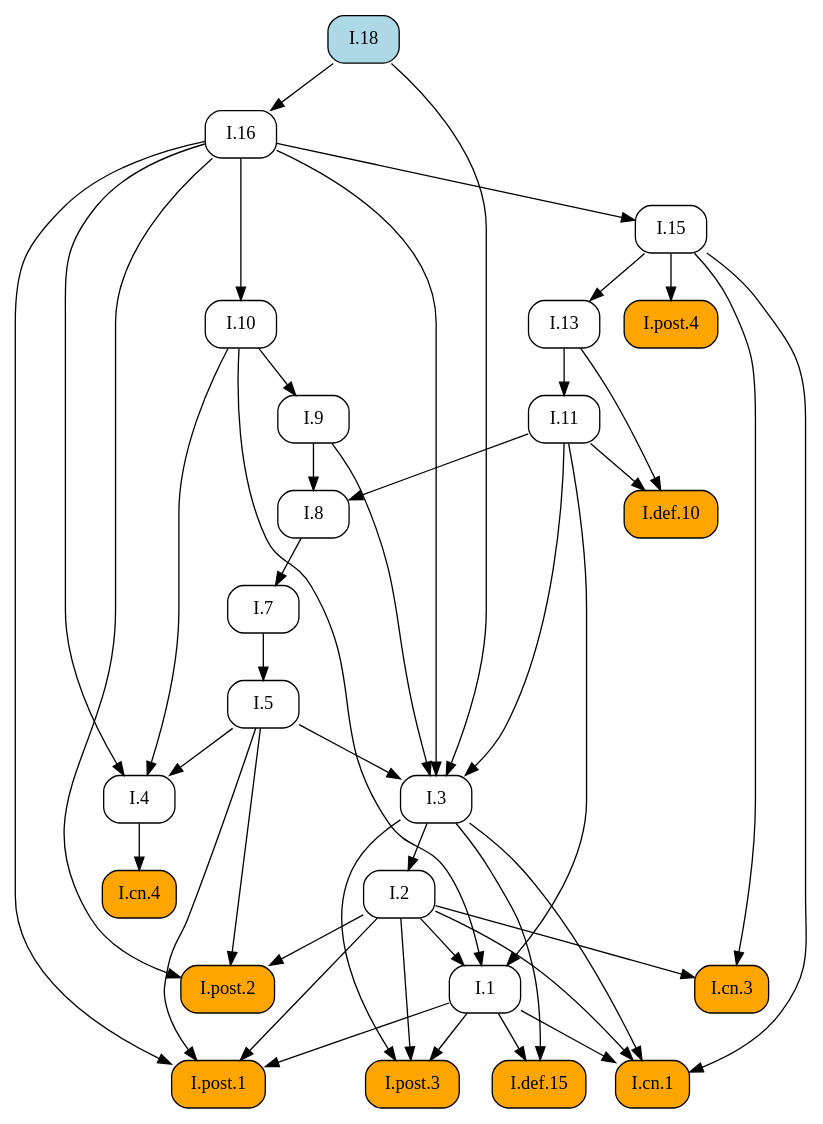
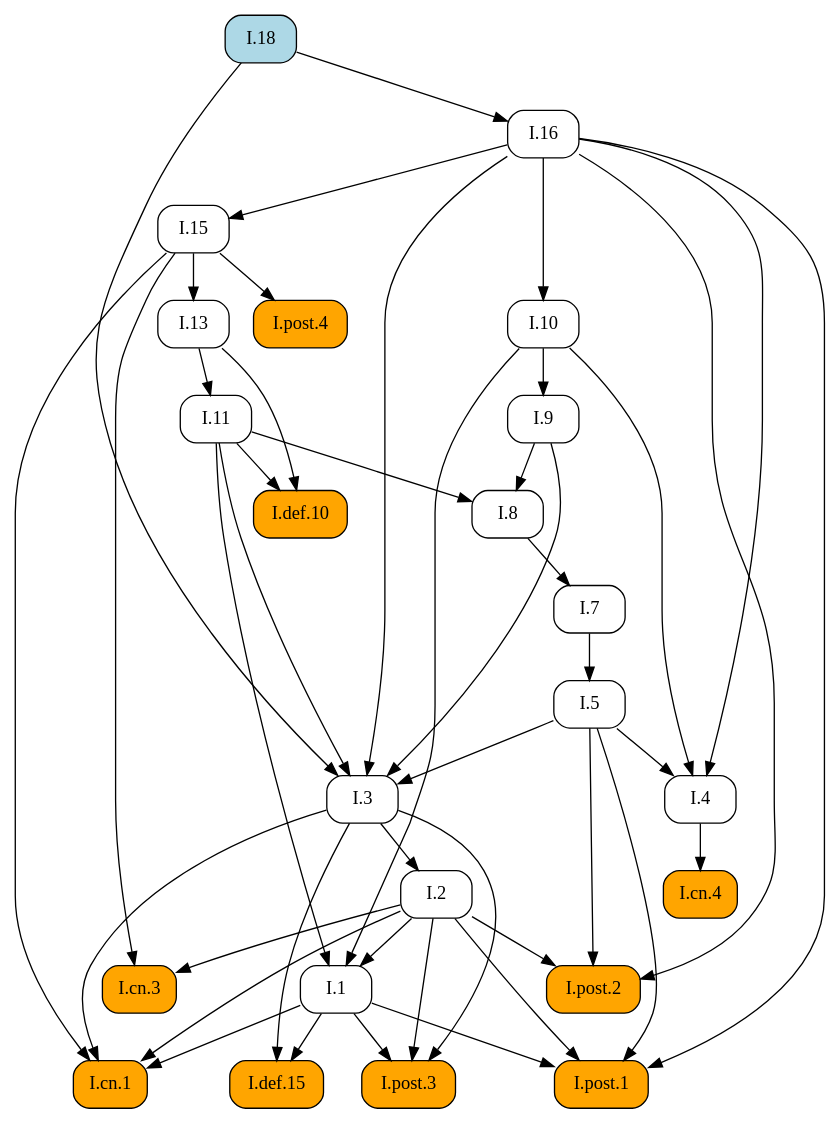
The diagram in docsrc/elements2/I/18/index.rst (geometor/elements), drawn with Graphviz before and after one commit. The commit also changed other lines of this file and 171 other files, not shown here.

```diff
--- a/docsrc/elements2/I/18/index.rst
+++ b/docsrc/elements2/I/18/index.rst
@@ -57,73 +57,73 @@
 .. graphviz::
 
    digraph {
      rankdir="TB";
      node [shape=box, style=rounded];
+     "I.8" [URL="/elements2/I/8/", target="_top"];
+     "I.1" [URL="/elements2/I/1/", target="_top"];
+     "I.cn.3" [style="rounded,filled", fillcolor=orange, URL="/elements2/I/cn.3/", target="_top"];
+     "I.cn.4" [style="rounded,filled", fillcolor=orange, URL="/elements2/I/cn.4/", target="_top"];
+     "I.7" [URL="/elements2/I/7/", target="_top"];
+     "I.post.1" [style="rounded,filled", fillcolor=orange, URL="/elements2/I/post.1/", target="_top"];
+     "I.9" [URL="/elements2/I/9/", target="_top"];
+     "I.5" [URL="/elements2/I/5/", target="_top"];
+     "I.cn.1" [style="rounded,filled", fillcolor=orange, URL="/elements2/I/cn.1/", target="_top"];
+     "I.post.4" [style="rounded,filled", fillcolor=orange, URL="/elements2/I/post.4/", target="_top"];
+     "I.def.10" [style="rounded,filled", fillcolor=orange, URL="/elements2/I/def.10/", target="_top"];
      "I.16" [URL="/elements2/I/16/", target="_top"];
-     "I.def.10" [style="rounded,filled", fillcolor=orange, URL="/elements2/I/def.10/", target="_top"];
-     "I.9" [URL="/elements2/I/9/", target="_top"];
+     "I.13" [URL="/elements2/I/13/", target="_top"];
      "I.18" [style="rounded,filled", fillcolor=lightblue, URL="/elements2/I/18/", target="_top"];
      "I.2" [URL="/elements2/I/2/", target="_top"];
-     "I.8" [URL="/elements2/I/8/", target="_top"];
+     "I.def.15" [style="rounded,filled", fillcolor=orange, URL="/elements2/I/def.15/", target="_top"];
+     "I.4" [URL="/elements2/I/4/", target="_top"];
+     "I.11" [URL="/elements2/I/11/", target="_top"];
+     "I.10" [URL="/elements2/I/10/", target="_top"];
      "I.15" [URL="/elements2/I/15/", target="_top"];
-     "I.def.15" [style="rounded,filled", fillcolor=orange, URL="/elements2/I/def.15/", target="_top"];
-     "I.cn.4" [style="rounded,filled", fillcolor=orange, URL="/elements2/I/cn.4/", target="_top"];
+     "I.3" [URL="/elements2/I/3/", target="_top"];
+     "I.post.2" [style="rounded,filled", fillcolor=orange, URL="/elements2/I/post.2/", target="_top"];
      "I.post.3" [style="rounded,filled", fillcolor=orange, URL="/elements2/I/post.3/", target="_top"];
-     "I.1" [URL="/elements2/I/1/", target="_top"];
-     "I.post.2" [style="rounded,filled", fillcolor=orange, URL="/elements2/I/post.2/", target="_top"];
-     "I.13" [URL="/elements2/I/13/", target="_top"];
-     "I.10" [URL="/elements2/I/10/", target="_top"];
-     "I.post.1" [style="rounded,filled", fillcolor=orange, URL="/elements2/I/post.1/", target="_top"];
-     "I.7" [URL="/elements2/I/7/", target="_top"];
-     "I.post.4" [style="rounded,filled", fillcolor=orange, URL="/elements2/I/post.4/", target="_top"];
-     "I.cn.1" [style="rounded,filled", fillcolor=orange, URL="/elements2/I/cn.1/", target="_top"];
-     "I.3" [URL="/elements2/I/3/", target="_top"];
-     "I.cn.3" [style="rounded,filled", fillcolor=orange, URL="/elements2/I/cn.3/", target="_top"];
-     "I.11" [URL="/elements2/I/11/", target="_top"];
-     "I.5" [URL="/elements2/I/5/", target="_top"];
-     "I.4" [URL="/elements2/I/4/", target="_top"];
-     "I.18" -> "I.16";
-     "I.11" -> "I.def.10";
-     "I.13" -> "I.def.10";
-     "I.10" -> "I.9";
-     "I.3" -> "I.2";
      "I.9" -> "I.8";
      "I.11" -> "I.8";
-     "I.16" -> "I.15";
-     "I.1" -> "I.def.15";
-     "I.3" -> "I.def.15";
-     "I.4" -> "I.cn.4";
-     "I.1" -> "I.post.3";
-     "I.2" -> "I.post.3";
-     "I.3" -> "I.post.3";
      "I.2" -> "I.1";
      "I.10" -> "I.1";
      "I.11" -> "I.1";
-     "I.2" -> "I.post.2";
-     "I.5" -> "I.post.2";
-     "I.16" -> "I.post.2";
-     "I.15" -> "I.13";
-     "I.16" -> "I.10";
+     "I.2" -> "I.cn.3";
+     "I.15" -> "I.cn.3";
+     "I.4" -> "I.cn.4";
+     "I.8" -> "I.7";
      "I.1" -> "I.post.1";
      "I.2" -> "I.post.1";
      "I.5" -> "I.post.1";
      "I.16" -> "I.post.1";
-     "I.8" -> "I.7";
-     "I.15" -> "I.post.4";
+     "I.10" -> "I.9";
+     "I.7" -> "I.5";
      "I.1" -> "I.cn.1";
      "I.2" -> "I.cn.1";
      "I.3" -> "I.cn.1";
      "I.15" -> "I.cn.1";
+     "I.15" -> "I.post.4";
+     "I.11" -> "I.def.10";
+     "I.13" -> "I.def.10";
+     "I.18" -> "I.16";
+     "I.15" -> "I.13";
+     "I.3" -> "I.2";
+     "I.1" -> "I.def.15";
+     "I.3" -> "I.def.15";
+     "I.5" -> "I.4";
+     "I.10" -> "I.4";
+     "I.16" -> "I.4";
+     "I.13" -> "I.11";
+     "I.16" -> "I.10";
+     "I.16" -> "I.15";
      "I.5" -> "I.3";
      "I.9" -> "I.3";
      "I.11" -> "I.3";
      "I.16" -> "I.3";
      "I.18" -> "I.3";
-     "I.2" -> "I.cn.3";
-     "I.15" -> "I.cn.3";
-     "I.13" -> "I.11";
-     "I.7" -> "I.5";
-     "I.5" -> "I.4";
-     "I.10" -> "I.4";
-     "I.16" -> "I.4";
+     "I.2" -> "I.post.2";
+     "I.5" -> "I.post.2";
+     "I.16" -> "I.post.2";
+     "I.1" -> "I.post.3";
+     "I.2" -> "I.post.3";
+     "I.3" -> "I.post.3";
    }
```
